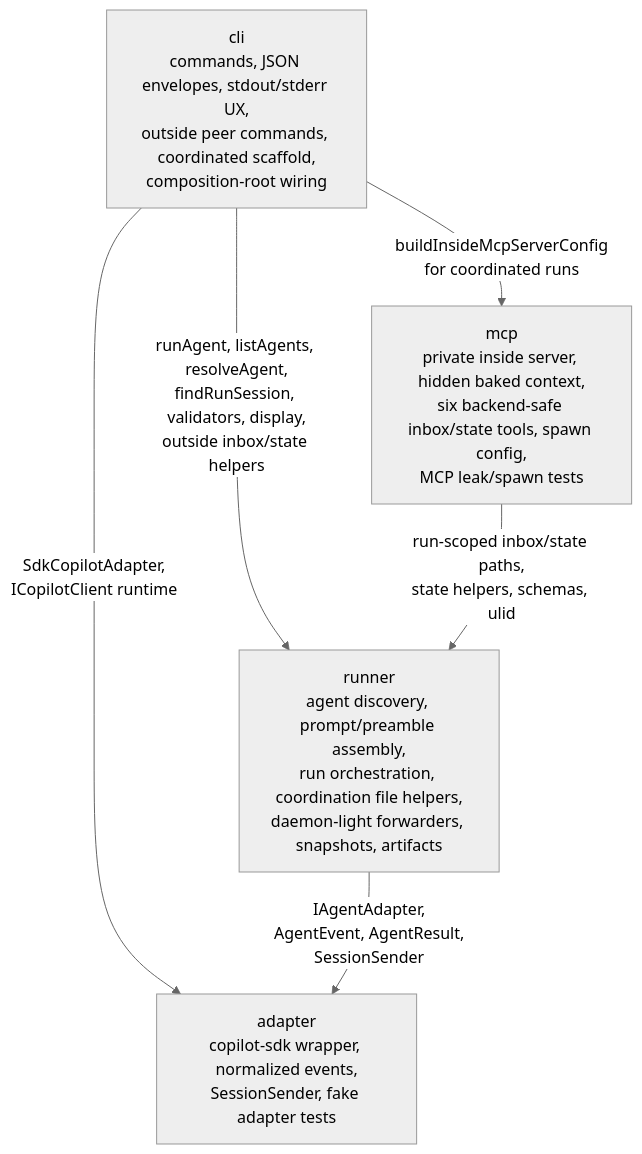
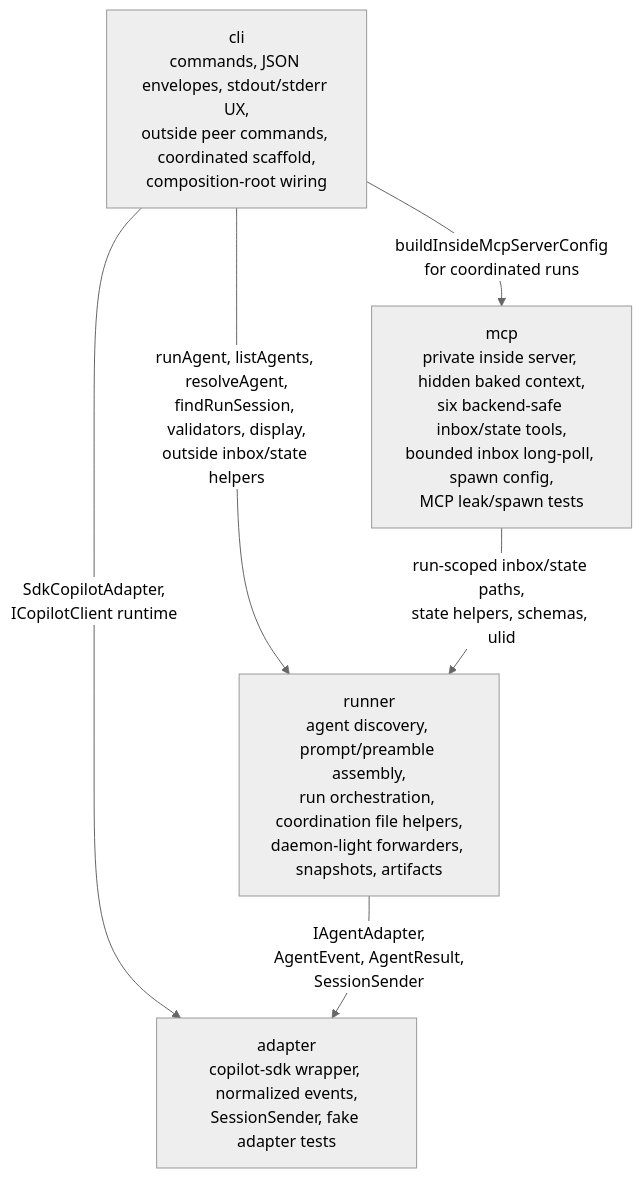
One commit to AI-Substrate/minih changed the diagram in docs/domains/domain-map.md. Above: the diagram before and after it, drawn with Mermaid (neutral theme). The commit also changed other lines of this file and 26 other files, not shown here.

````diff
--- a/docs/domains/domain-map.md
+++ b/docs/domains/domain-map.md
@@ -3,13 +3,13 @@
 ```mermaid
 flowchart TD
     cli["cli<br/>commands, JSON envelopes, stdout/stderr UX,<br/>outside peer commands, coordinated scaffold,<br/>composition-root wiring"]
     runner["runner<br/>agent discovery, prompt/preamble assembly,<br/>run orchestration, coordination file helpers,<br/>daemon-light forwarders, snapshots, artifacts"]
-    mcp["mcp<br/>private inside server, hidden baked context,<br/>six backend-safe inbox/state tools, spawn config,<br/>MCP leak/spawn tests"]
+    mcp["mcp<br/>private inside server, hidden baked context,<br/>six backend-safe inbox/state tools,<br/>bounded inbox long-poll, spawn config,<br/>MCP leak/spawn tests"]
     adapter["adapter<br/>copilot-sdk wrapper, normalized events,<br/>SessionSender, fake adapter tests"]
 
     cli -- "runAgent, listAgents, resolveAgent,<br/>findRunSession, validators, display,<br/>outside inbox/state helpers" --> runner
     cli -- "buildInsideMcpServerConfig<br/>for coordinated runs" --> mcp
     cli -- "SdkCopilotAdapter,<br/>ICopilotClient runtime" --> adapter
     mcp -- "run-scoped inbox/state paths,<br/>state helpers, schemas, ulid" --> runner
     runner -- "IAgentAdapter,<br/>AgentEvent, AgentResult,<br/>SessionSender" --> adapter
 ```
````
